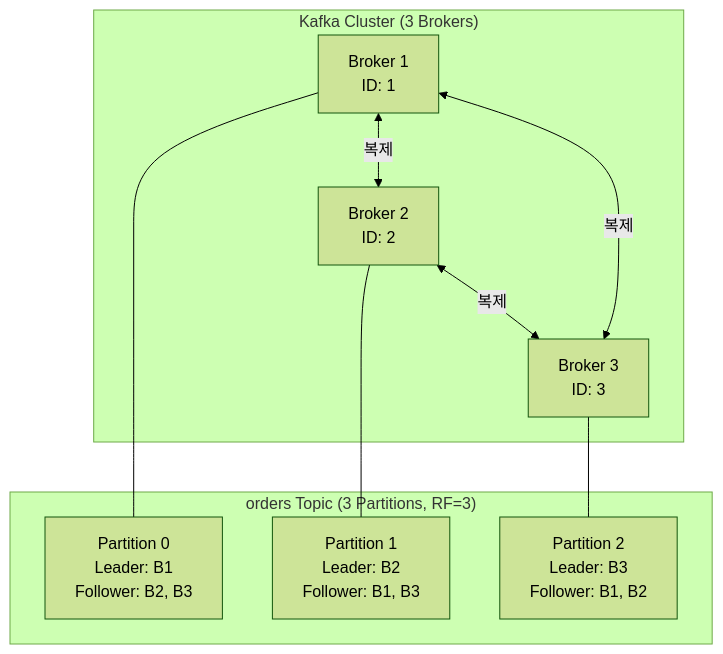
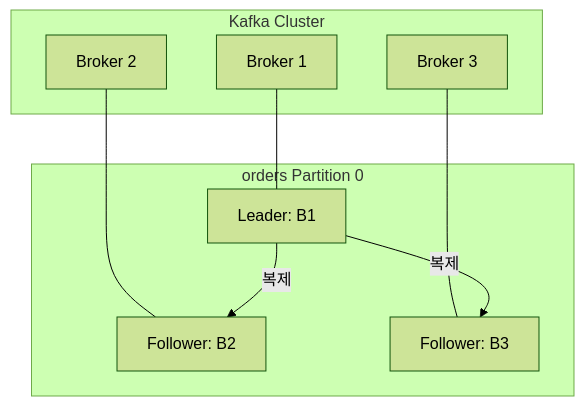
Before and after one commit to advanced-beginner/advanced-beginner.github.io: the third of 5 diagrams in content/ko/kafka/concepts/core-components.md, drawn with Mermaid (forest theme). The commit also changed other lines of this file and 21 other files, not shown here.

````diff
--- a/content/ko/kafka/concepts/core-components.md
+++ b/content/ko/kafka/concepts/core-components.md
@@ -291,22 +186,21 @@
 ```mermaid
 flowchart TB
-    subgraph Cluster["Kafka Cluster (3 Brokers)"]
-        B1[Broker 1\nID: 1]
-        B2[Broker 2\nID: 2]
-        B3[Broker 3\nID: 3]
+    subgraph Cluster["Kafka Cluster"]
+        B1[Broker 1]
+        B2[Broker 2]
+        B3[Broker 3]
     end
 
-    subgraph Partitions["orders Topic (3 Partitions, RF=3)"]
-        P0["Partition 0\nLeader: B1\nFollower: B2, B3"]
-        P1["Partition 1\nLeader: B2\nFollower: B1, B3"]
-        P2["Partition 2\nLeader: B3\nFollower: B1, B2"]
+    subgraph Partition0["orders Partition 0"]
+        L0["Leader: B1"]
+        F0a["Follower: B2"]
+        F0b["Follower: B3"]
     end
 
-    B1 --- P0
-    B2 --- P1
-    B3 --- P2
+    B1 --- L0
+    B2 --- F0a
+    B3 --- F0b
 
-    B1 <-->|복제| B2
-    B2 <-->|복제| B3
-    B1 <-->|복제| B3
+    L0 -->|복제| F0a
+    L0 -->|복제| F0b
 ```
````
